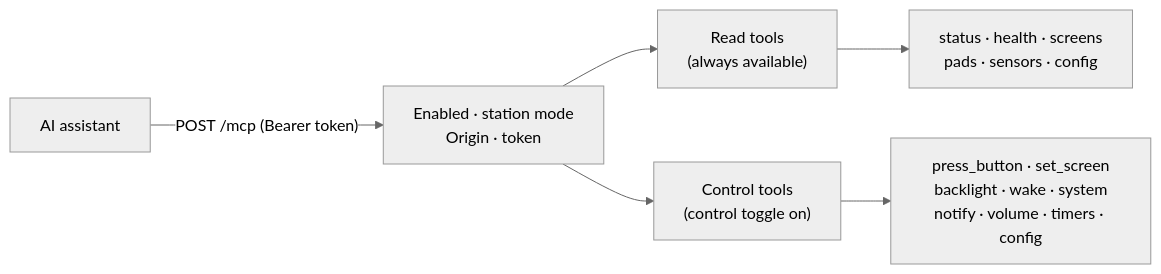
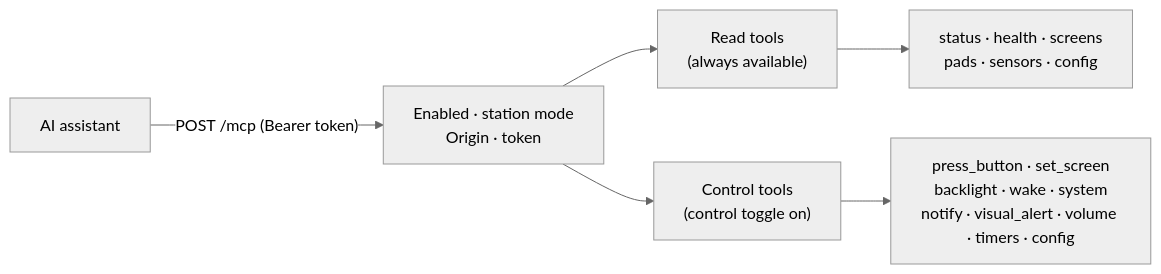
The diagram in docs/mcp-guide.md (jantielens/esp32-macropad), drawn with Mermaid (neutral theme) before and after one commit. The commit also changed other lines of this file and 20 other files, not shown here.

First line of the commit message:
feat(app): add visual alert full-screen pulsing overlay action (#42)

````diff
--- a/docs/mcp-guide.md
+++ b/docs/mcp-guide.md
@@ -136,8 +136,8 @@
 ```mermaid
 graph LR
     CLIENT["AI assistant"] -->|"POST /mcp (Bearer token)"| GATE["Enabled · station mode<br/>Origin · token"]
     GATE --> READ["Read tools<br/>(always available)"]
     GATE --> CONTROL["Control tools<br/>(control toggle on)"]
     READ --> INFO["status · health · screens<br/>pads · sensors · config"]
-    CONTROL --> ACT["press_button · set_screen<br/>backlight · wake · system<br/>notify · volume · timers · config"]
+    CONTROL --> ACT["press_button · set_screen<br/>backlight · wake · system<br/>notify · visual_alert · volume · timers · config"]
 ```
````
